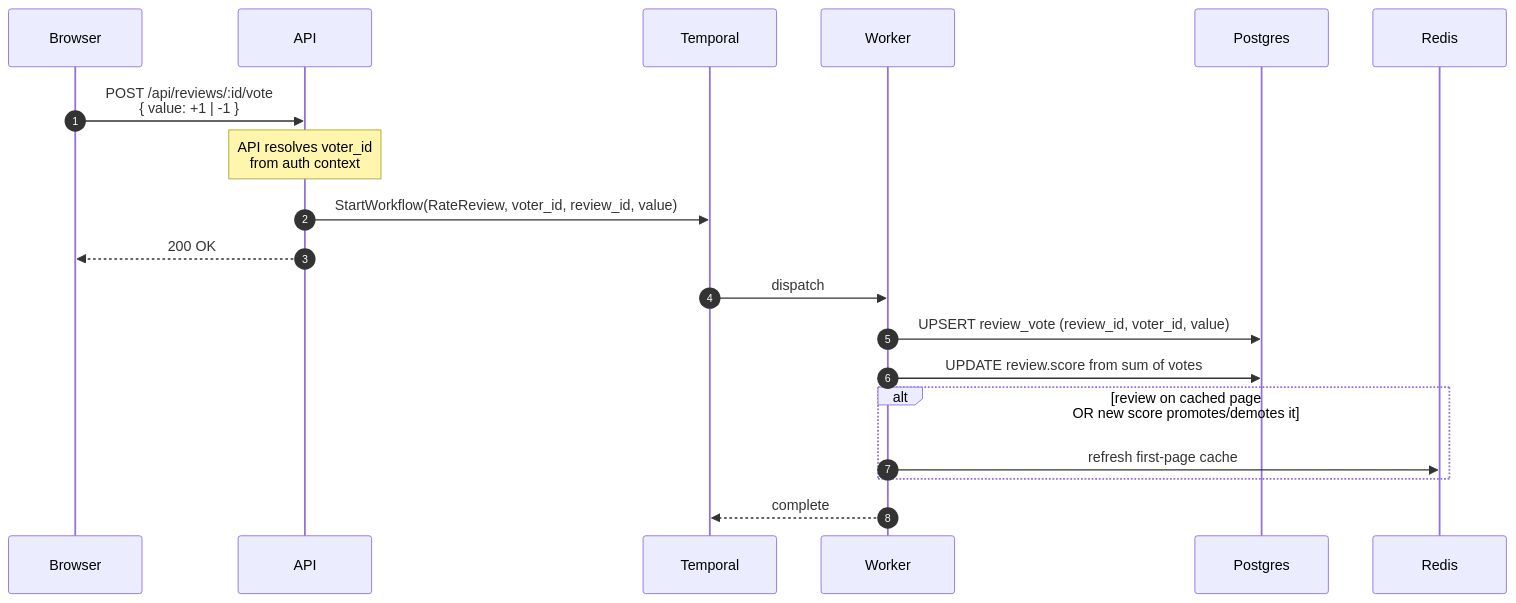
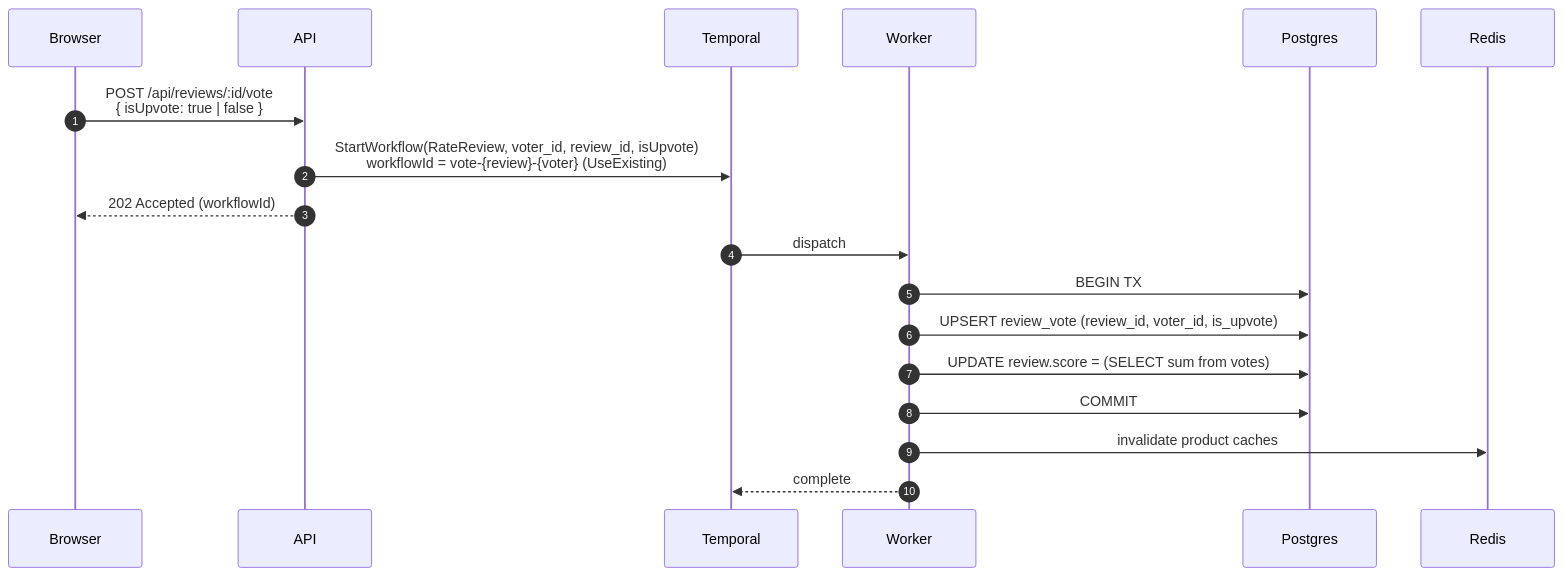
Before and after one commit to KaliCZ/reviews: diagram 11 of 12 in docs/flows.md, drawn with Mermaid. The commit also changed other lines of this file and 1 other file, not shown here.

First line of the commit message:
Rewrite docs/flows.md to match current behavior; add 5 missing flows

````diff
--- a/docs/flows.md
+++ b/docs/flows.md
@@ -172,24 +352,22 @@
 ```mermaid
 sequenceDiagram
     autonumber
     participant B as Browser
     participant A as API
     participant T as Temporal
     participant W as Worker
     participant P as Postgres
     participant R as Redis
 
-    B->>A: POST /api/reviews/:id/vote<br/>{ value: +1 | -1 }
-    Note over A: API resolves voter_id<br/>from auth context
-    A->>T: StartWorkflow(RateReview, voter_id, review_id, value)
-    A-->>B: 200 OK
+    B->>A: POST /api/reviews/:id/vote<br/>{ isUpvote: true | false }
+    A->>T: StartWorkflow(RateReview, voter_id, review_id, isUpvote)<br/>workflowId = vote-{review}-{voter} (UseExisting)
+    A-->>B: 202 Accepted (workflowId)
+
     T->>W: dispatch
-    W->>P: UPSERT review_vote (review_id, voter_id, value)
-    W->>P: UPDATE review.score from sum of votes
-
-    alt review on cached page<br/>OR new score promotes/demotes it
-        W->>R: refresh first-page cache
-    end
-
+    W->>P: BEGIN TX
+    W->>P: UPSERT review_vote (review_id, voter_id, is_upvote)
+    W->>P: UPDATE review.score = (SELECT sum from votes)
+    W->>P: COMMIT
+    W->>R: invalidate product caches
     W-->>T: complete
 ```
````
